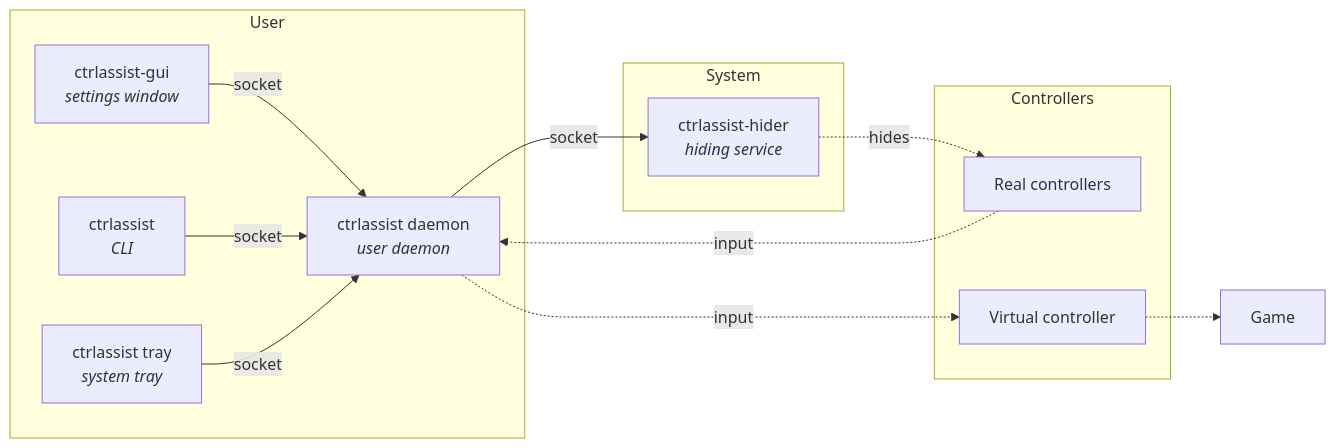
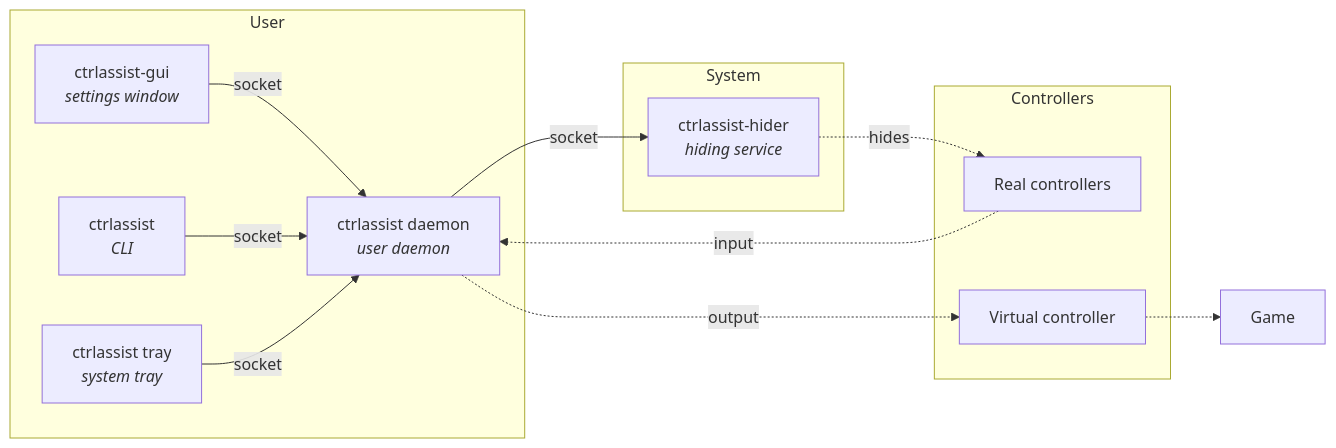
One commit to ruffsl/CtrlAssist changed the diagram in README.md. Above: the diagram before and after it, drawn with Mermaid.

Commit message:
fix(diagram): correct output connection from Daemon to Virtual in README

````diff
--- a/README.md
+++ b/README.md
@@ -109,30 +109,30 @@
 ```mermaid
 graph LR
 
 subgraph User
     Gui["ctrlassist-gui<br/><i>settings window</i>"]
     Cli["ctrlassist<br/><i>CLI</i>"]
     Tray["ctrlassist tray<br/><i>system tray</i>"]
     Daemon["ctrlassist daemon<br/><i>user daemon</i>"]
 end
 
 subgraph System
     Hider["ctrlassist-hider<br/><i>hiding service</i>"]
 end
 
 subgraph Controllers
     Real["Real controllers"]
     Virtual["Virtual controller"]
 end
 
 Game["Game"]
 
 Gui -->|socket| Daemon
 Cli -->|socket| Daemon
 Tray -->|socket| Daemon
 Daemon -->|socket| Hider
 Real -.->|input| Daemon
-Daemon -.->|input| Virtual
+Daemon -.->|output| Virtual
 Virtual -.-> Game
 Hider -.->|hides| Real
 ```
````
